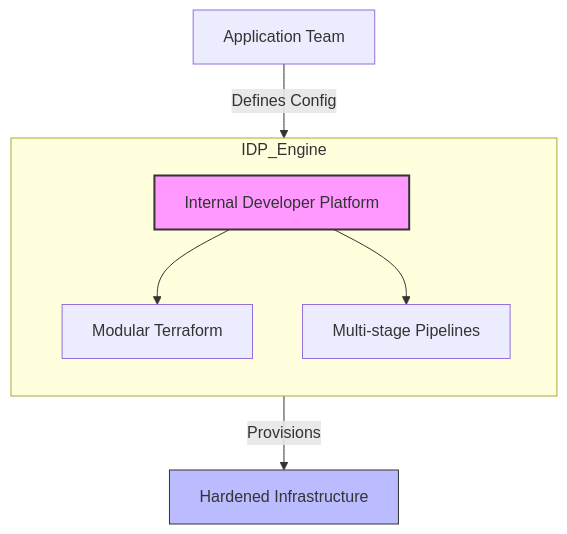
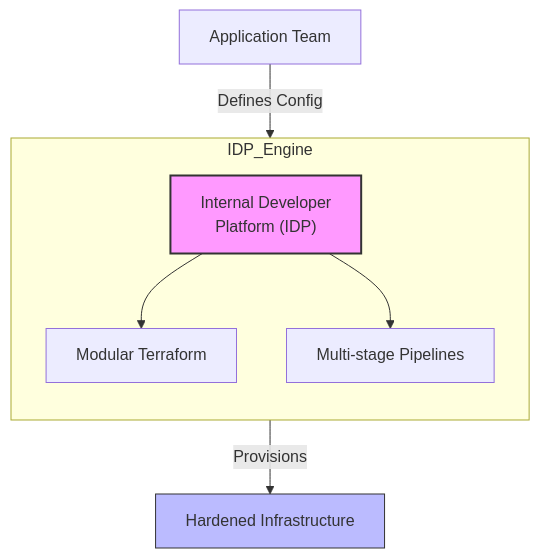
Before and after one commit to nubenetes/terraform-azure-devops-agentic: the diagram in docs/131-INTERNAL_DEVELOPER_PLATFORM.md, drawn with Mermaid. The commit also changed 23 other files, not shown here.

Commit message:
docs: establish automated Mermaid validator and eliminate text clipping repo-wide

````diff
--- a/docs/131-INTERNAL_DEVELOPER_PLATFORM.md
+++ b/docs/131-INTERNAL_DEVELOPER_PLATFORM.md
@@ -47,12 +47,12 @@
 ```mermaid
 graph TD
-    Dev[Application Team] -->|Defines Config| IDP[Internal Developer Platform]
+    Dev[Application Team] -->|Defines Config| IDP["Internal Developer<br/>Platform (IDP)"]
     subgraph IDP_Engine
         direction TB
         IDP --> TF[Modular Terraform]
         IDP --> Pipe[Multi-stage Pipelines]
     end
     TF -->|Provisions| Azure[Hardened Infrastructure]
     style IDP fill:#f9f,stroke:#333,stroke-width:2px
     style Azure fill:#bbf,stroke:#333,stroke-width:1px
 ```
````
